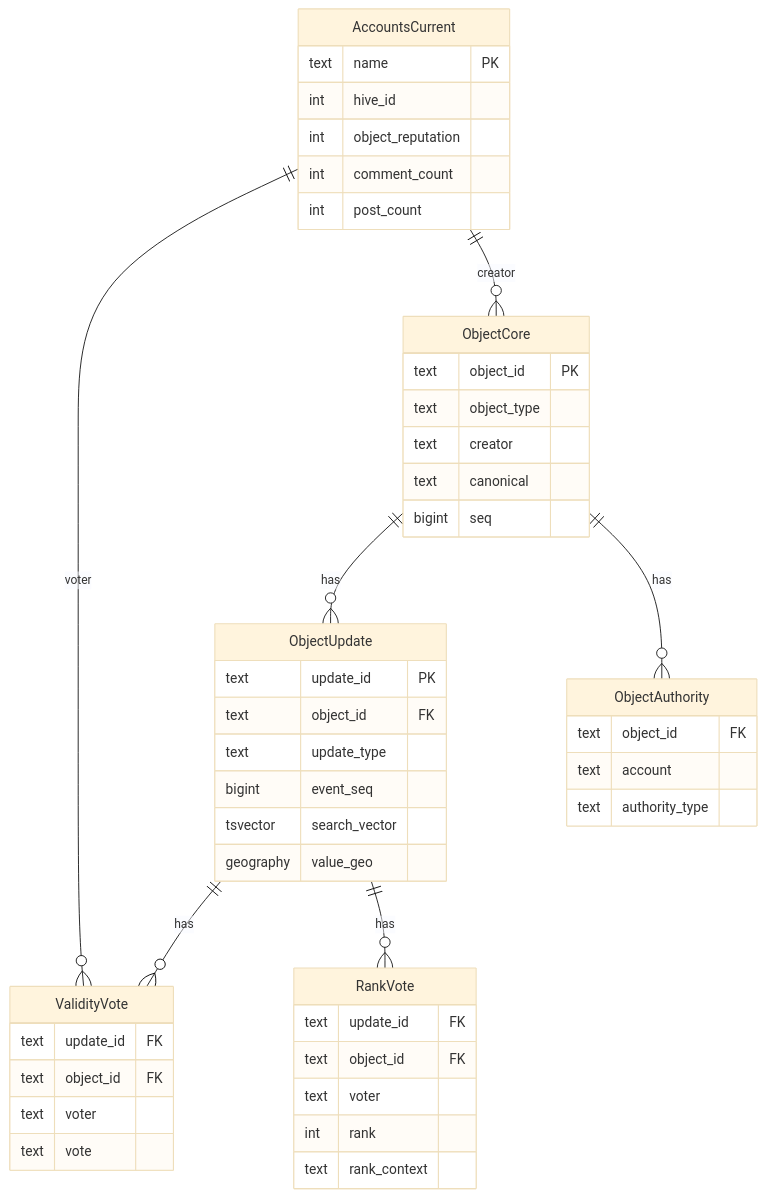
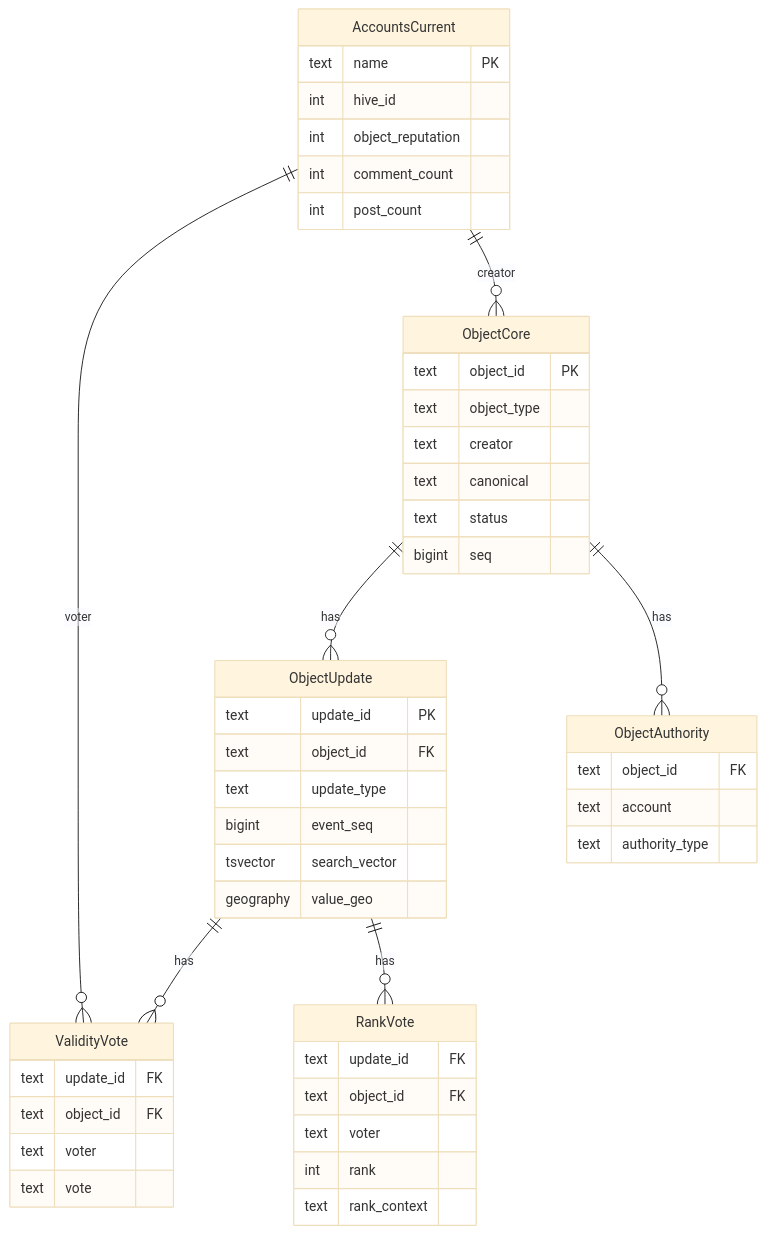
The first of 3 diagrams in docs/spec/data-model/flow.md (Waiviogit/open-data-layer), drawn with Mermaid (base theme) before and after one commit. The commit also changed other lines of this file and 25 other files, not shown here.

````diff
--- a/docs/spec/data-model/flow.md
+++ b/docs/spec/data-model/flow.md
@@ -35,56 +35,57 @@
 ```mermaid
 erDiagram
   ObjectCore ||--o{ ObjectUpdate : "has"
   ObjectUpdate ||--o{ ValidityVote : "has"
   ObjectUpdate ||--o{ RankVote : "has"
 
   ObjectCore {
     text object_id PK
     text object_type
     text creator
     text canonical
+    text status
     bigint seq
   }
 
   ObjectUpdate {
     text update_id PK
     text object_id FK
     text update_type
     bigint event_seq
     tsvector search_vector
     geography value_geo
   }
 
   ValidityVote {
     text update_id FK
     text object_id FK
     text voter
     text vote
   }
 
   RankVote {
     text update_id FK
     text object_id FK
     text voter
     int rank
     text rank_context
   }
 
   ObjectAuthority {
     text object_id FK
     text account
     text authority_type
   }
 
   AccountsCurrent {
     text name PK
     int hive_id
     int object_reputation
     int comment_count
     int post_count
   }
 
   ObjectCore ||--o{ ObjectAuthority : "has"
   AccountsCurrent ||--o{ ValidityVote : "voter"
   AccountsCurrent ||--o{ ObjectCore : "creator"
 ```
````
